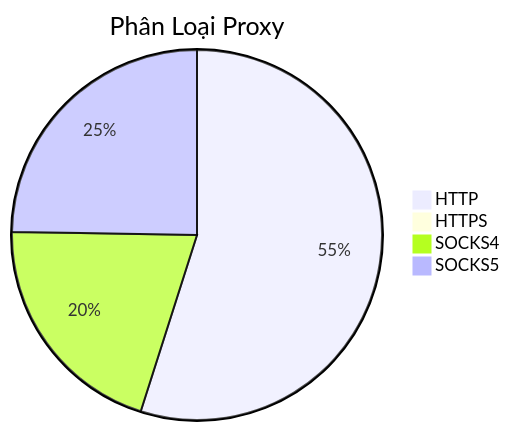
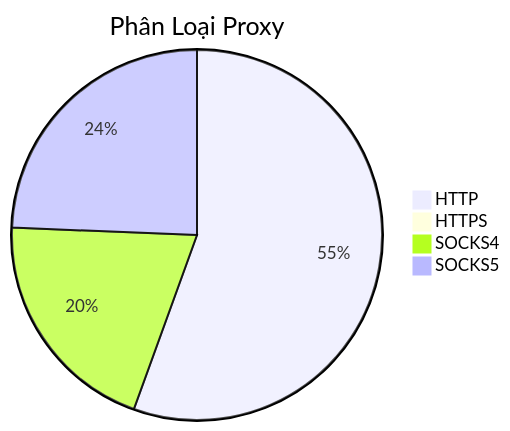
Before and after one commit to Ciara-12/PROXY-free: the diagram in README.md, drawn with Mermaid. The commit also changed other lines of this file and 3 other files, not shown here.

````diff
--- a/README.md
+++ b/README.md
@@ -26,7 +26,7 @@
 ```mermaid
 pie title Phân Loại Proxy
-    "HTTP" : 726
+    "HTTP" : 848
     "HTTPS" : 1
-    "SOCKS4" : 269
-    "SOCKS5" : 327
+    "SOCKS4" : 307
+    "SOCKS5" : 372
 ```
````
